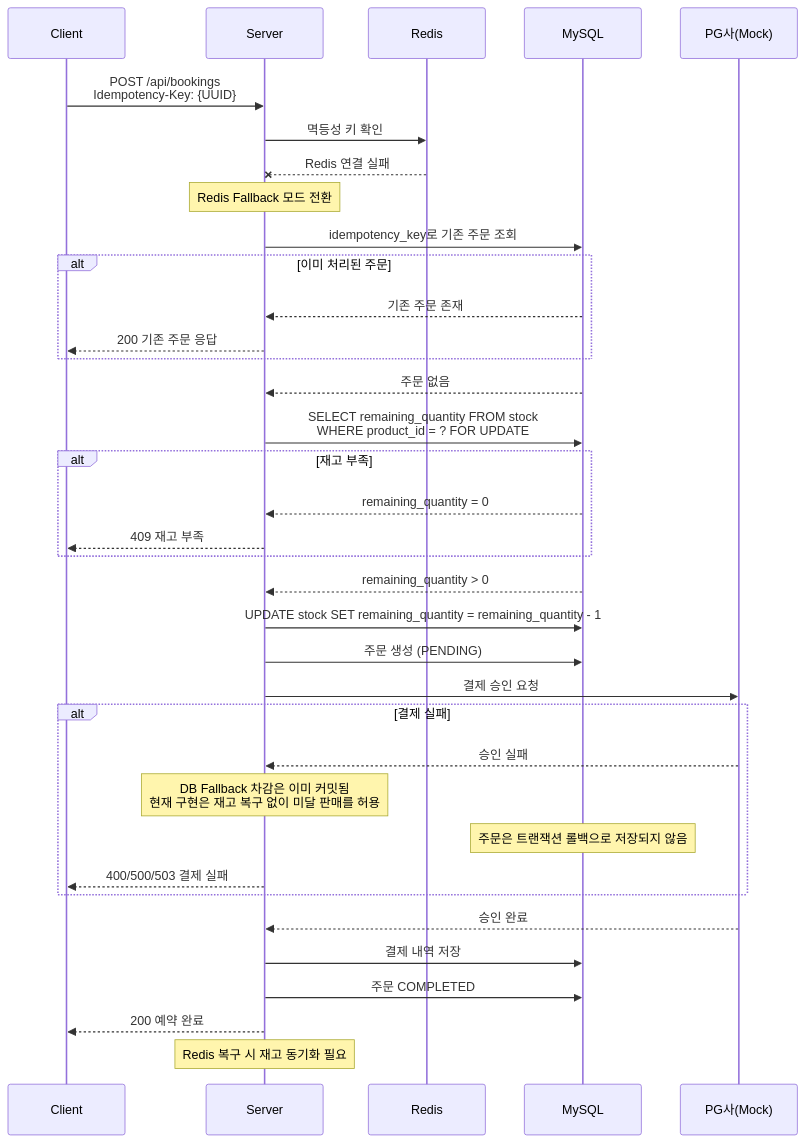
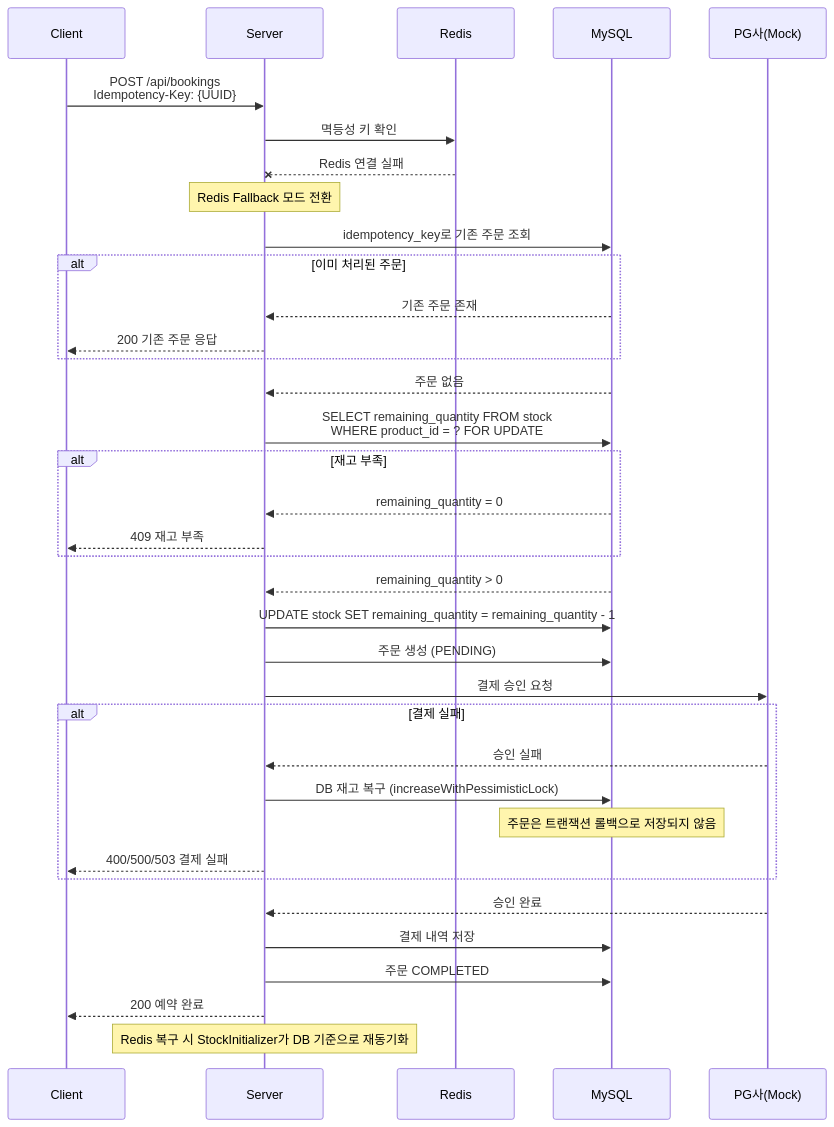
One commit to hyunmin0317/reservation-payment-platform changed the fourth of 5 diagrams in docs/sequence-diagrams.md. Above: the diagram before and after it, drawn with Mermaid. The commit also changed 4 other files, not shown here.

First line of the commit message:
fix: Redis fallback 결제 실패 시 DB 재고 복구 보강 (#260)

````diff
--- a/docs/sequence-diagrams.md
+++ b/docs/sequence-diagrams.md
@@ -148,51 +148,51 @@
 ```mermaid
 sequenceDiagram
     participant C as Client
     participant S as Server
     participant R as Redis
     participant DB as MySQL
     participant PG as PG사(Mock)
 
     C->>S: POST /api/bookings<br/>Idempotency-Key: {UUID}
 
     %% Redis 장애 감지
     S->>R: 멱등성 키 확인
     R--xS: Redis 연결 실패
 
     Note over S: Redis Fallback 모드 전환
 
     %% DB 기반 멱등성 체크
     S->>DB: idempotency_key로 기존 주문 조회
     alt 이미 처리된 주문
         DB-->>S: 기존 주문 존재
         S-->>C: 200 기존 주문 응답
     end
     DB-->>S: 주문 없음
 
     %% DB 비관적 락으로 재고 차감
     S->>DB: SELECT remaining_quantity FROM stock<br/>WHERE product_id = ? FOR UPDATE
     alt 재고 부족
         DB-->>S: remaining_quantity = 0
         S-->>C: 409 재고 부족
     end
     DB-->>S: remaining_quantity > 0
 
     S->>DB: UPDATE stock SET remaining_quantity = remaining_quantity - 1
     S->>DB: 주문 생성 (PENDING)
 
     %% 결제 처리 (정상 플로우와 동일)
     S->>PG: 결제 승인 요청
     alt 결제 실패
         PG-->>S: 승인 실패
-        Note over S: DB Fallback 차감은 이미 커밋됨<br/>현재 구현은 재고 복구 없이 미달 판매를 허용
+        S->>DB: DB 재고 복구 (increaseWithPessimisticLock)
         Note over DB: 주문은 트랜잭션 롤백으로 저장되지 않음
         S-->>C: 400/500/503 결제 실패
     end
     PG-->>S: 승인 완료
 
     S->>DB: 결제 내역 저장
     S->>DB: 주문 COMPLETED
     S-->>C: 200 예약 완료
 
-    Note over S: Redis 복구 시 재고 동기화 필요
+    Note over S: Redis 복구 시 StockInitializer가 DB 기준으로 재동기화
 ```
````
